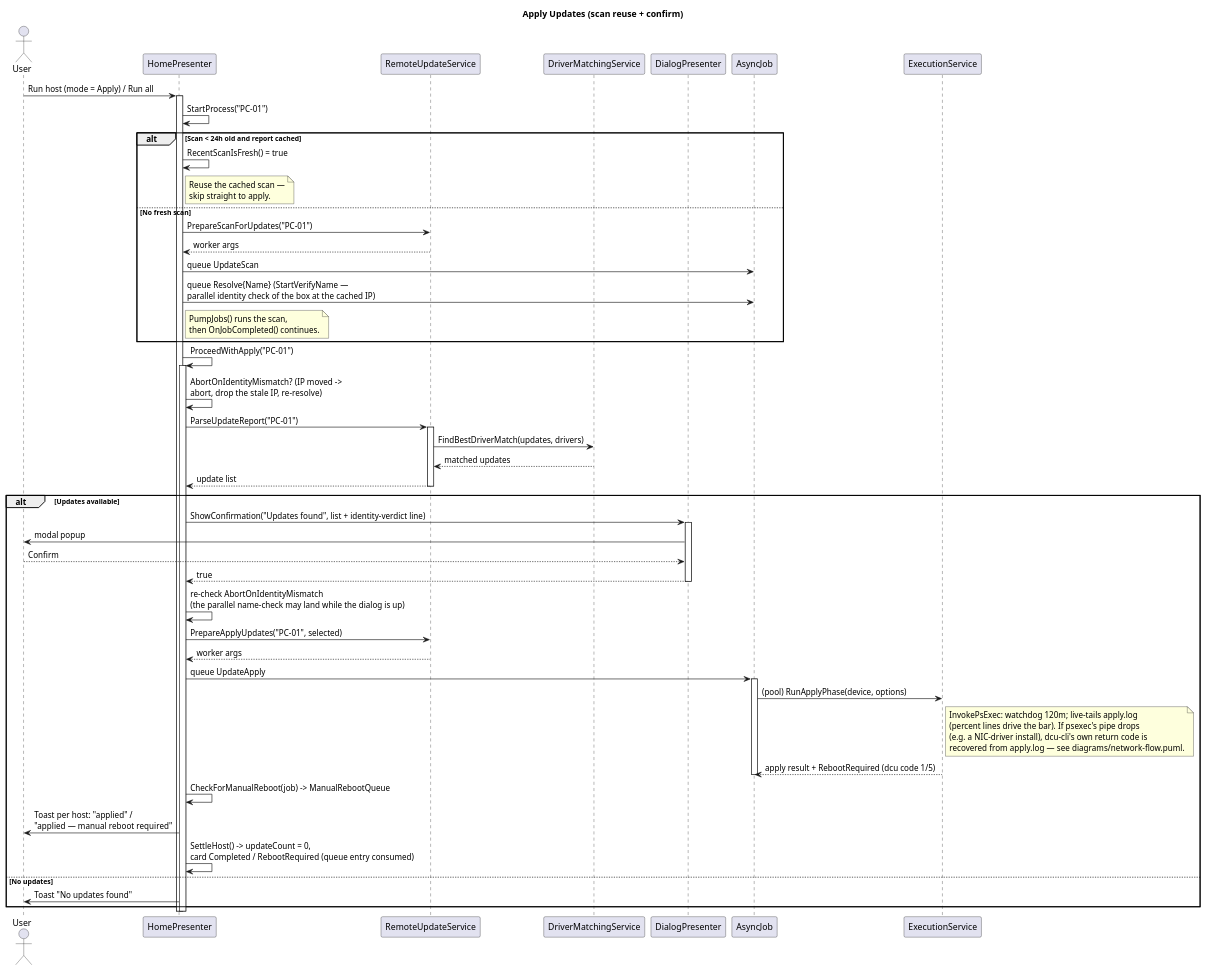
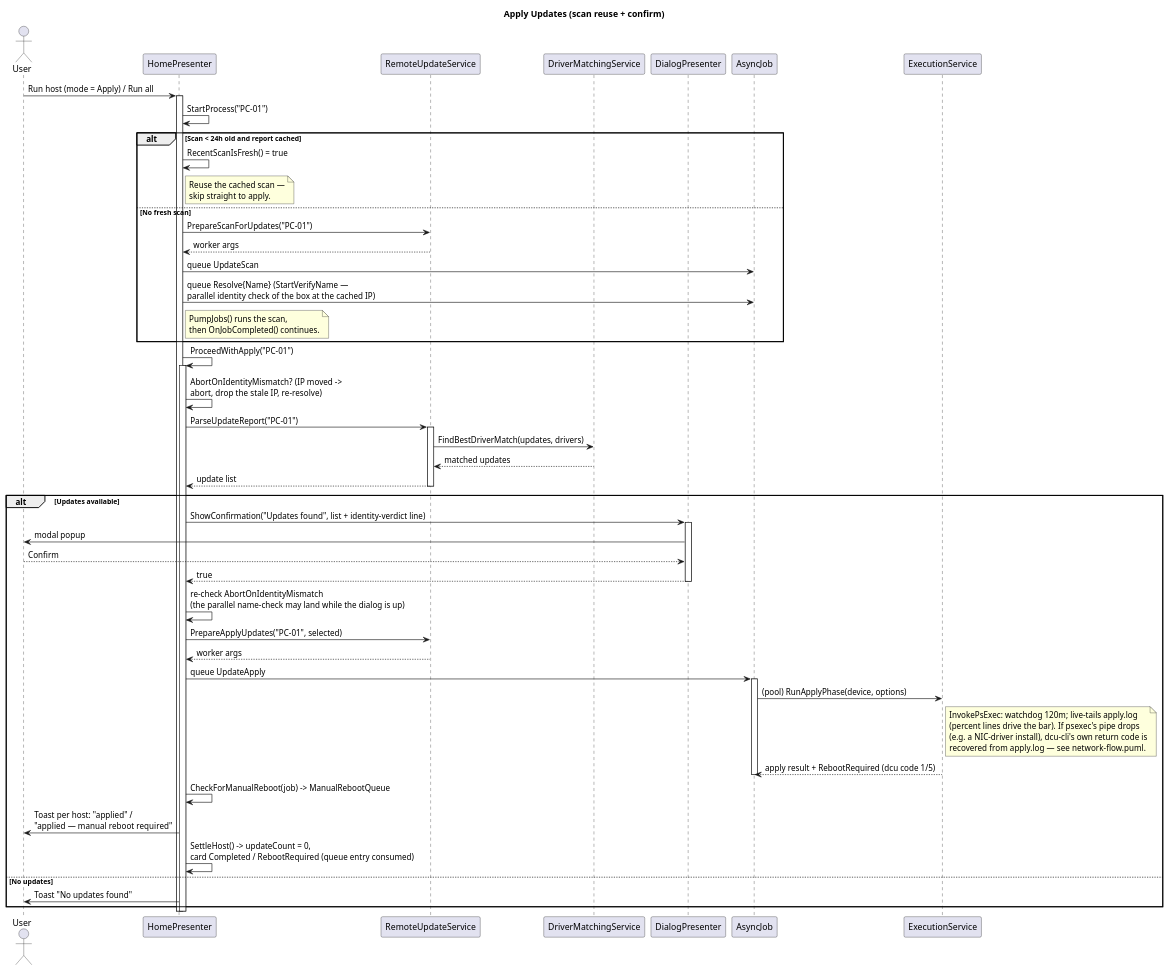
One commit to Danial-Changez/DONUT changed the diagram in docs/diagrams/applyUpdates_sequence_diagram.puml. Above: the diagram before and after it, drawn with PlantUML. The commit also changed 1 other file, not shown here.

Commit message:
docs: fix the network-flow.puml path in two sequence-diagram notes
Moving network-flow.puml into docs/diagrams put it beside the scan and
applyUpdates sequence diagrams, so their note references drop the stale
"diagrams/" prefix and point at the sibling file directly.

```diff
--- a/docs/diagrams/applyUpdates_sequence_diagram.puml
+++ b/docs/diagrams/applyUpdates_sequence_diagram.puml
@@ -1,62 +1,62 @@
 @startuml Apply Updates Sequence Diagram
 title Apply Updates (scan reuse + confirm)
 
 actor User
 participant "HomePresenter" as Presenter
 participant "RemoteUpdateService" as Update
 participant "DriverMatchingService" as Matcher
 participant "DialogPresenter" as Dialog
 participant "AsyncJob" as Job
 participant "ExecutionService" as Exec
 
 User -> Presenter: Run host (mode = Apply) / Run all
 activate Presenter
 Presenter -> Presenter: StartProcess("PC-01")
 
 alt Scan < 24h old and report cached
     Presenter -> Presenter: RecentScanIsFresh() = true
     note right of Presenter: Reuse the cached scan —\nskip straight to apply.
 else No fresh scan
     Presenter -> Update: PrepareScanForUpdates("PC-01")
     Update --> Presenter: worker args
     Presenter -> Job: queue UpdateScan
     Presenter -> Job: queue Resolve{Name} (StartVerifyName —\nparallel identity check of the box at the cached IP)
     note right of Presenter: PumpJobs() runs the scan,\nthen OnJobCompleted() continues.
 end
 
 Presenter -> Presenter: ProceedWithApply("PC-01")
 activate Presenter
 Presenter -> Presenter: AbortOnIdentityMismatch? (IP moved ->\nabort, drop the stale IP, re-resolve)
 Presenter -> Update: ParseUpdateReport("PC-01")
 activate Update
 Update -> Matcher: FindBestDriverMatch(updates, drivers)
 Matcher --> Update: matched updates
 Update --> Presenter: update list
 deactivate Update
 
 alt Updates available
     Presenter -> Dialog: ShowConfirmation("Updates found", list + identity-verdict line)
     activate Dialog
     Dialog -> User: modal popup
     User --> Dialog: Confirm
     Dialog --> Presenter: true
     deactivate Dialog
     Presenter -> Presenter: re-check AbortOnIdentityMismatch\n(the parallel name-check may land while the dialog is up)
 
     Presenter -> Update: PrepareApplyUpdates("PC-01", selected)
     Update --> Presenter: worker args
     Presenter -> Job: queue UpdateApply
     activate Job
     Job -> Exec: (pool) RunApplyPhase(device, options)
-    note right of Exec: InvokePsExec: watchdog 120m; live-tails apply.log\n(percent lines drive the bar). If psexec's pipe drops\n(e.g. a NIC-driver install), dcu-cli's own return code is\nrecovered from apply.log — see diagrams/network-flow.puml.
+    note right of Exec: InvokePsExec: watchdog 120m; live-tails apply.log\n(percent lines drive the bar). If psexec's pipe drops\n(e.g. a NIC-driver install), dcu-cli's own return code is\nrecovered from apply.log — see network-flow.puml.
     Exec --> Job: apply result + RebootRequired (dcu code 1/5)
     deactivate Job
     Presenter -> Presenter: CheckForManualReboot(job) -> ManualRebootQueue
     Presenter -> User: Toast per host: "applied" /\n"applied — manual reboot required"
     Presenter -> Presenter: SettleHost() -> updateCount = 0,\ncard Completed / RebootRequired (queue entry consumed)
 else No updates
     Presenter -> User: Toast "No updates found"
 end
 deactivate Presenter
 deactivate Presenter
 @enduml
```
